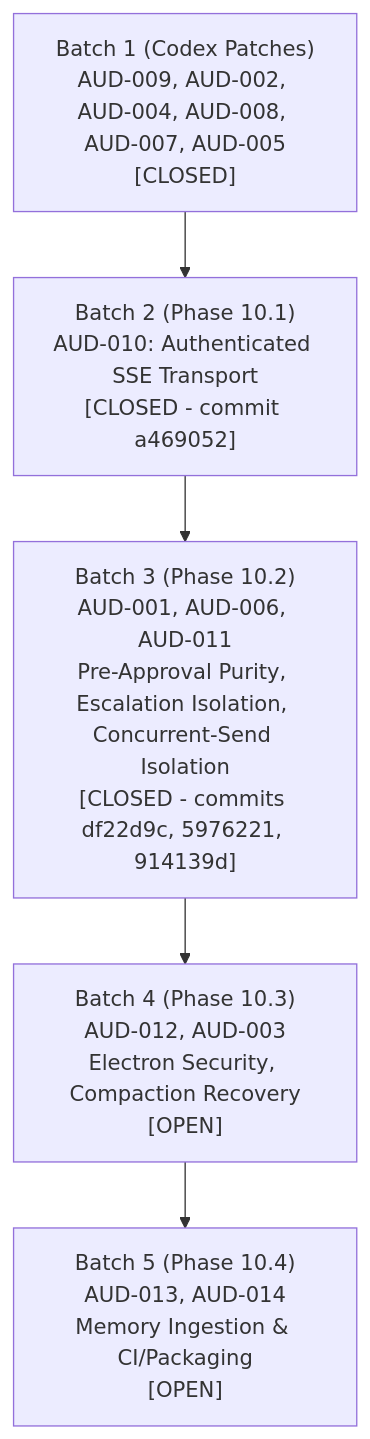
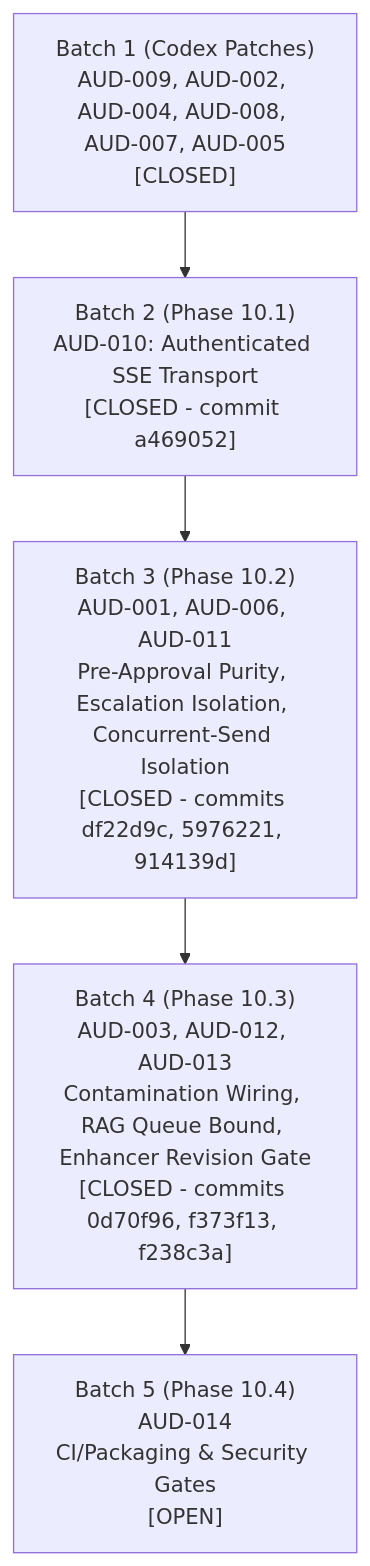
One commit to Roopesh-kosuri/Code-OS changed the diagram in docs/audit/FIX_PLAN.md. Above: the diagram before and after it, drawn with Mermaid. The commit also changed other lines of this file and 1 other file, not shown here.

Commit message:
docs(audit): close AUD-003, AUD-012, AUD-013 in register; update FIX_PLAN Batch 4 (Phase 10.3)

````diff
--- a/docs/audit/FIX_PLAN.md
+++ b/docs/audit/FIX_PLAN.md
@@ -10,7 +10,7 @@
 ```mermaid
 graph TD
     B1["Batch 1 (Codex Patches)<br/>AUD-009, AUD-002, AUD-004, AUD-008, AUD-007, AUD-005<br/>[CLOSED]"] --> B2["Batch 2 (Phase 10.1)<br/>AUD-010: Authenticated SSE Transport<br/>[CLOSED - commit a469052]"]
     B2 --> B3["Batch 3 (Phase 10.2)<br/>AUD-001, AUD-006, AUD-011<br/>Pre-Approval Purity, Escalation Isolation, Concurrent-Send Isolation<br/>[CLOSED - commits df22d9c, 5976221, 914139d]"]
-    B3 --> B4["Batch 4 (Phase 10.3)<br/>AUD-012, AUD-003<br/>Electron Security, Compaction Recovery<br/>[OPEN]"]
-    B4 --> B5["Batch 5 (Phase 10.4)<br/>AUD-013, AUD-014<br/>Memory Ingestion & CI/Packaging<br/>[OPEN]"]
+    B3 --> B4["Batch 4 (Phase 10.3)<br/>AUD-003, AUD-012, AUD-013<br/>Contamination Wiring, RAG Queue Bound, Enhancer Revision Gate<br/>[CLOSED - commits 0d70f96, f373f13, f238c3a]"]
+    B4 --> B5["Batch 5 (Phase 10.4)<br/>AUD-014<br/>CI/Packaging & Security Gates<br/>[OPEN]"]
 ```
````
